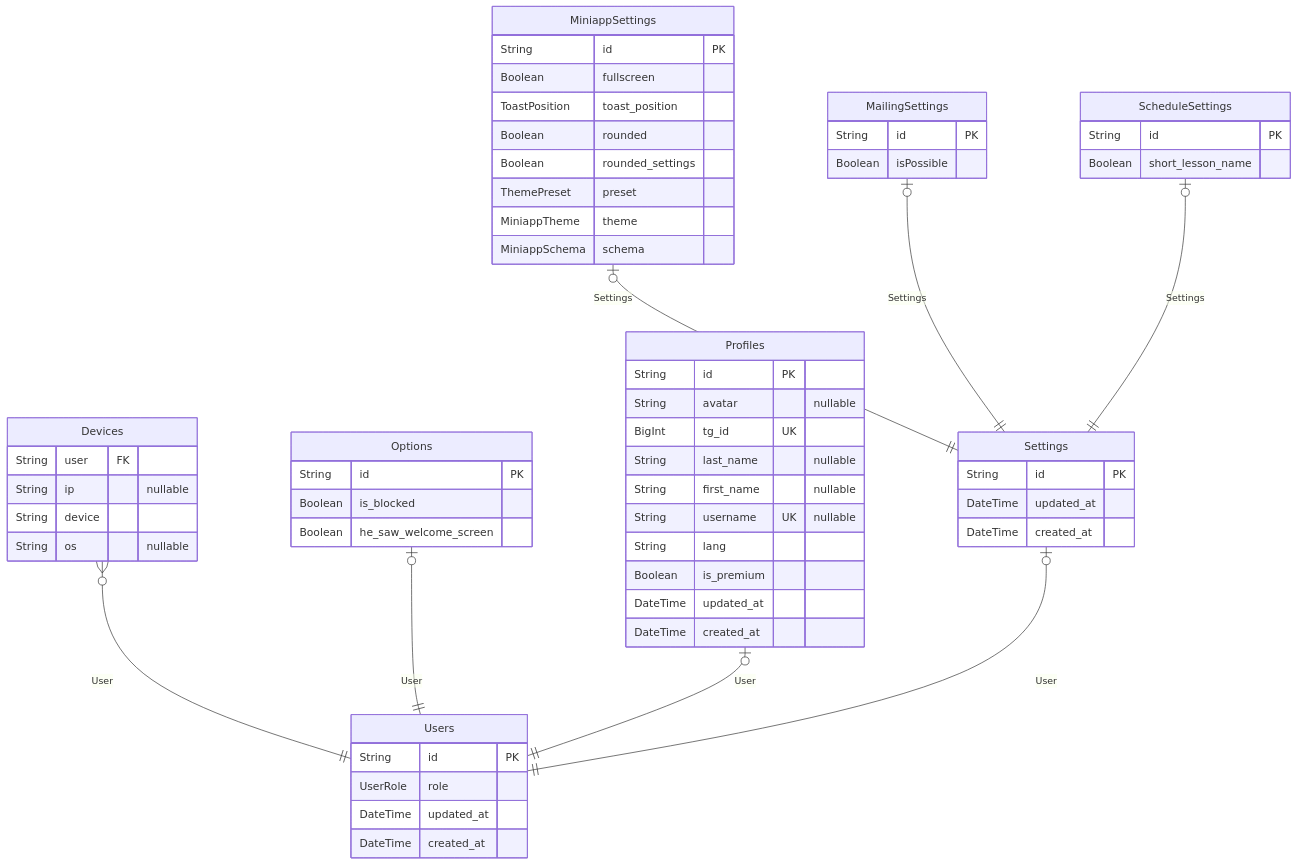
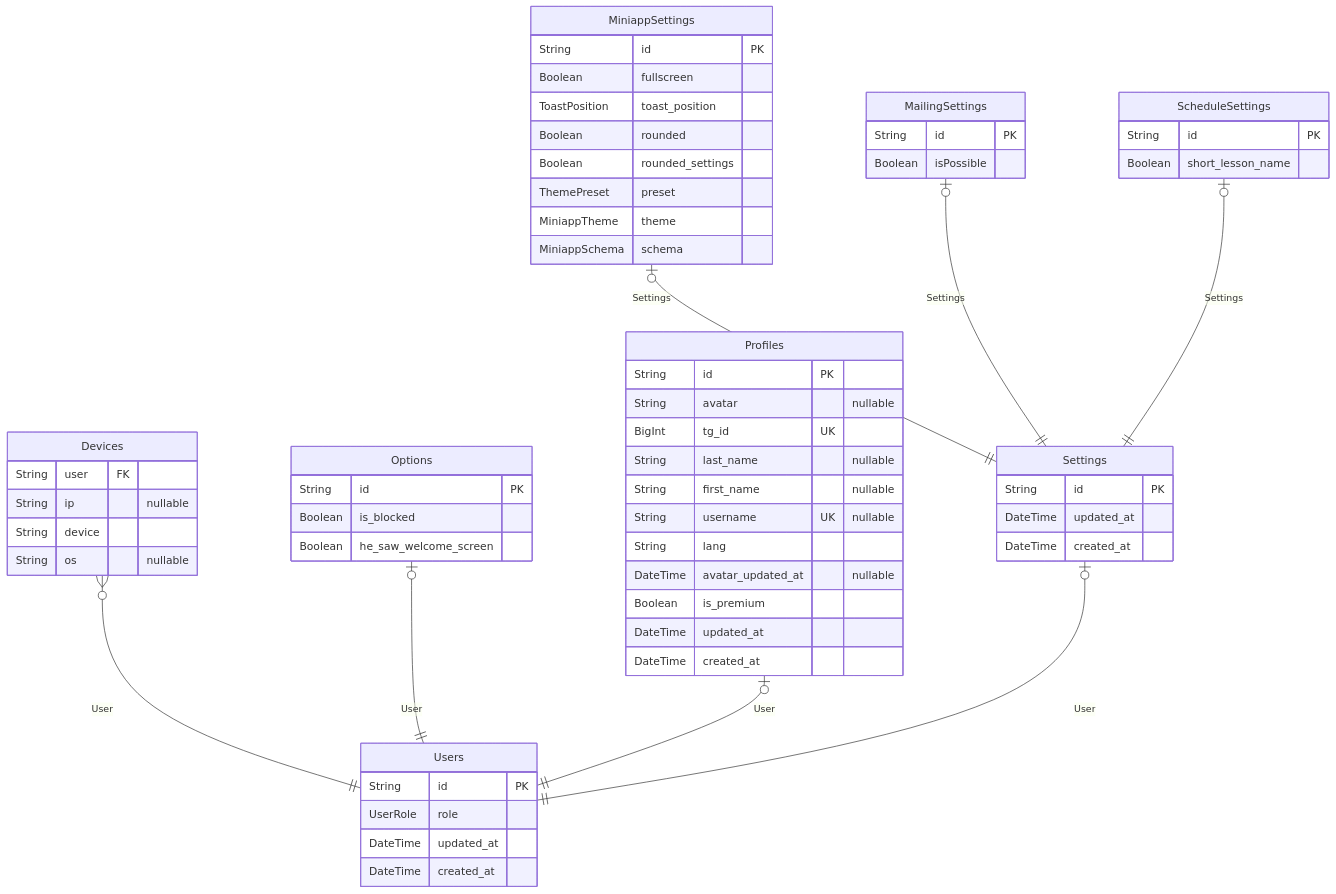
The third of 4 diagrams in packages/db/prisma/ThodleDatabase.md (NeatDeveloper/Thodle), drawn with Mermaid before and after one commit. The commit also changed other lines of this file and 74 other files, not shown here.

````diff
--- a/packages/db/prisma/ThodleDatabase.md
+++ b/packages/db/prisma/ThodleDatabase.md
@@ -325,62 +327,63 @@
 ```mermaid
 erDiagram
 "Devices" {
   String user FK
   String ip "nullable"
   String device
   String os "nullable"
 }
 "Options" {
   String id PK
   Boolean is_blocked
   Boolean he_saw_welcome_screen
 }
 "Profiles" {
   String id PK
   String avatar "nullable"
   BigInt tg_id UK
   String last_name "nullable"
   String first_name "nullable"
   String username UK "nullable"
   String lang
+  DateTime avatar_updated_at "nullable"
   Boolean is_premium
   DateTime updated_at
   DateTime created_at
 }
 "Settings" {
   String id PK
   DateTime updated_at
   DateTime created_at
 }
 "MiniappSettings" {
   String id PK
   Boolean fullscreen
   ToastPosition toast_position
   Boolean rounded
   Boolean rounded_settings
   ThemePreset preset
   MiniappTheme theme
   MiniappSchema schema
 }
 "MailingSettings" {
   String id PK
   Boolean isPossible
 }
 "ScheduleSettings" {
   String id PK
   Boolean short_lesson_name
 }
 "Users" {
   String id PK
   UserRole role
   DateTime updated_at
   DateTime created_at
 }
 "Devices" }o--|| "Users" : User
 "Options" |o--|| "Users" : User
 "Profiles" |o--|| "Users" : User
 "Settings" |o--|| "Users" : User
 "MiniappSettings" |o--|| "Settings" : Settings
 "MailingSettings" |o--|| "Settings" : Settings
 "ScheduleSettings" |o--|| "Settings" : Settings
 ```
````
